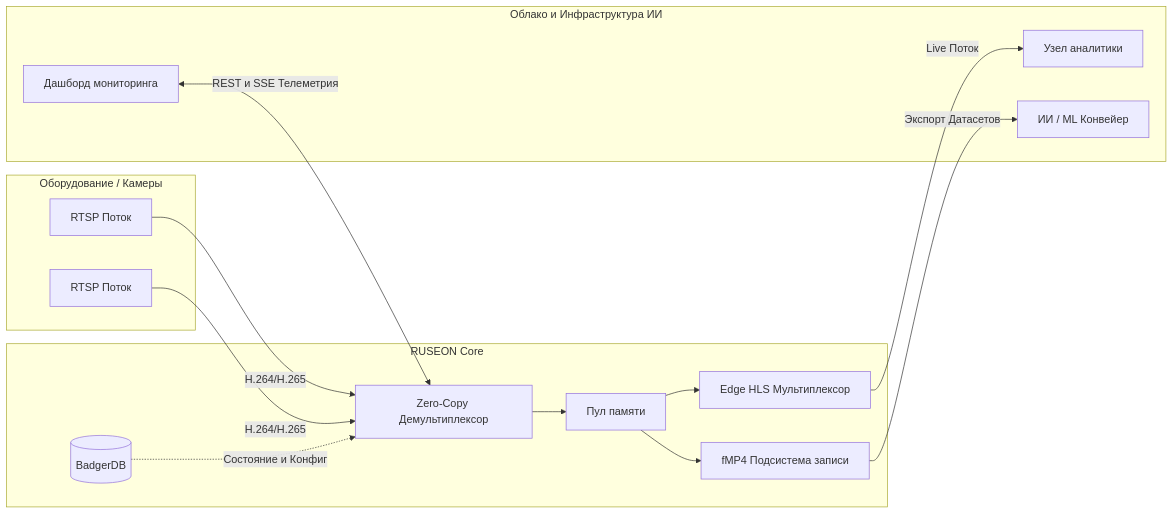
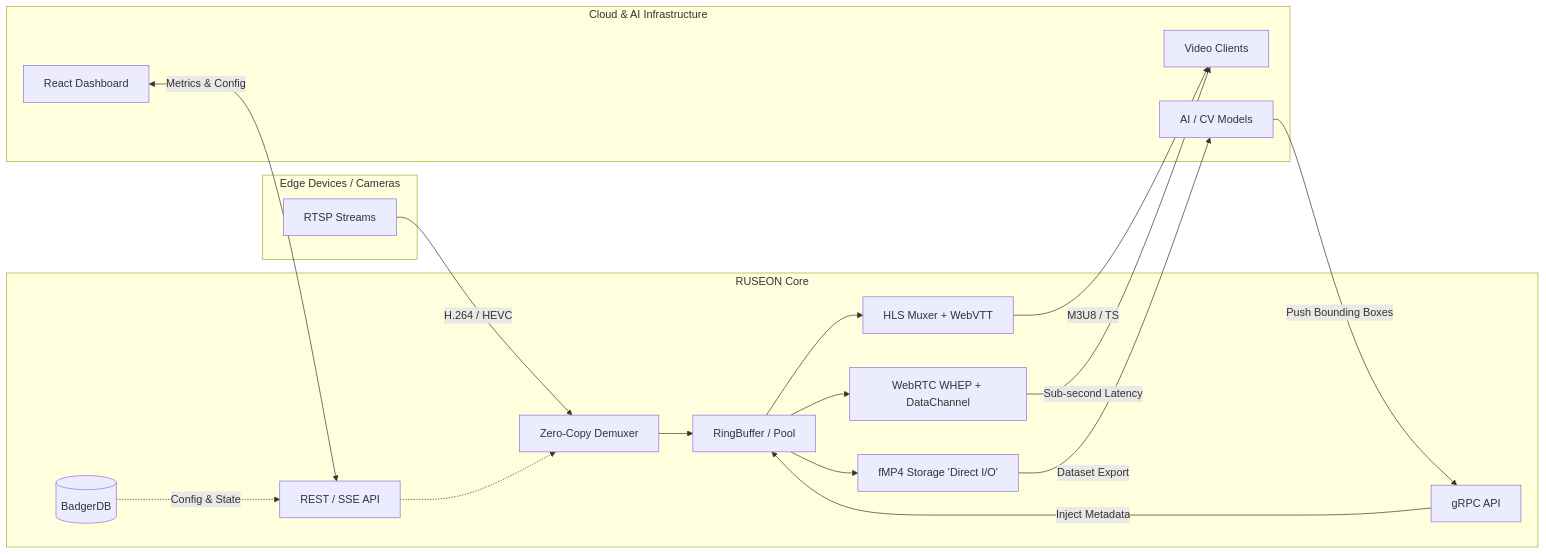
The diagram in README.ru.md (RUSEGAL/ruseon-core), drawn with Mermaid before and after one commit. The commit also changed other lines of this file and 2 other files, not shown here.

Commit message:
chore: update config examples and README

````diff
--- a/README.ru.md
+++ b/README.ru.md
@@ -61,30 +61,48 @@
 ```mermaid
 graph LR
-  subgraph Edge [Оборудование / Камеры]
-    Cam1[RTSP Поток]
-    Cam2[RTSP Поток]
+  subgraph Edge [Edge Devices / Cameras]
+    Cam[RTSP Streams]
   end
 
   subgraph Engine [RUSEON Core]
-    Demux[Zero-Copy Демультиплексор]
-    Pool[Пул памяти]
-    HLS[Edge HLS Мультиплексор]
-    Rec[fMP4 Подсистема записи]
+    API[REST / SSE API]
+    gRPC[gRPC API]
+    Demux[Zero-Copy Demuxer]
+    Pool[RingBuffer / Pool]
+    HLS[HLS Muxer + WebVTT]
+    RTC[WebRTC WHEP + DataChannel]
+    Rec[fMP4 Storage 'Direct I/O']
     DB[(BadgerDB)]
   end
 
-  subgraph Cloud [Облако и Инфраструктура ИИ]
-    Browser[Дашборд мониторинга]
-    Player[Узел аналитики]
-    AI[ИИ / ML Конвейер]
+  subgraph Cloud [Cloud & AI Infrastructure]
+    Dashboard[React Dashboard]
+    Player[Video Clients]
+    AI[AI / CV Models]
   end
 
-  Cam1 & Cam2 -->|H.264/H.265| Demux
+  %% Ingest Pipeline
+  Cam -->|H.264 / HEVC| Demux
   Demux --> Pool
+  
+  %% Delivery Pipeline
   Pool --> HLS
+  Pool --> RTC
   Pool --> Rec
-  DB -.->|Состояние и Конфиг| Demux
-  HLS -->|Live Поток| Player
-  Rec -->|Экспорт Датасетов| AI
-  Browser <-->|REST и SSE Телеметрия| Demux
+  
+  %% State Management
+  DB -.->|Config & State| API
+  API -.-> Demux
+  
+  %% AI Metadata Loop (New Feature!)
+  AI -->|Push Bounding Boxes| gRPC
+  gRPC -->|Inject Metadata| Pool
+  
+  %% Outputs
+  HLS -->|M3U8 / TS| Player
+  RTC -->|Sub-second Latency| Player
+  Rec -->|Dataset Export| AI
+  
+  %% Observability
+  Dashboard <-->|Metrics & Config| API
 ```
````
